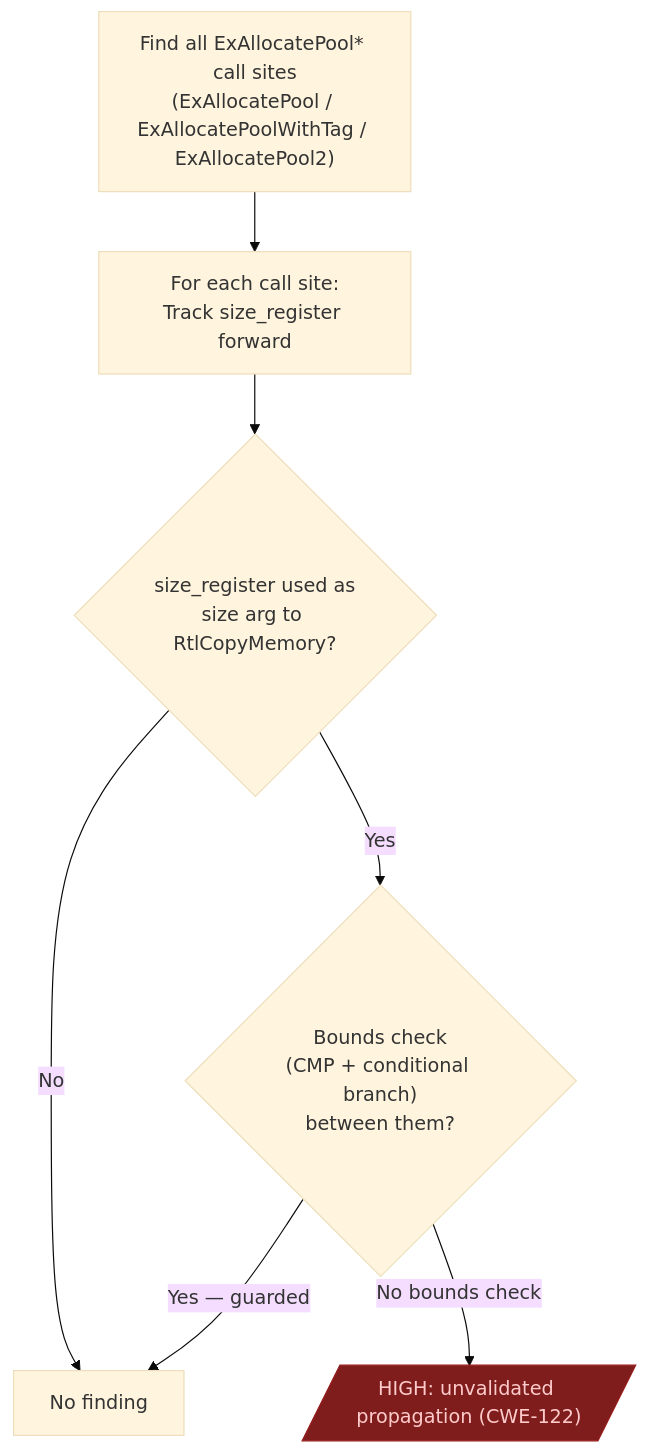
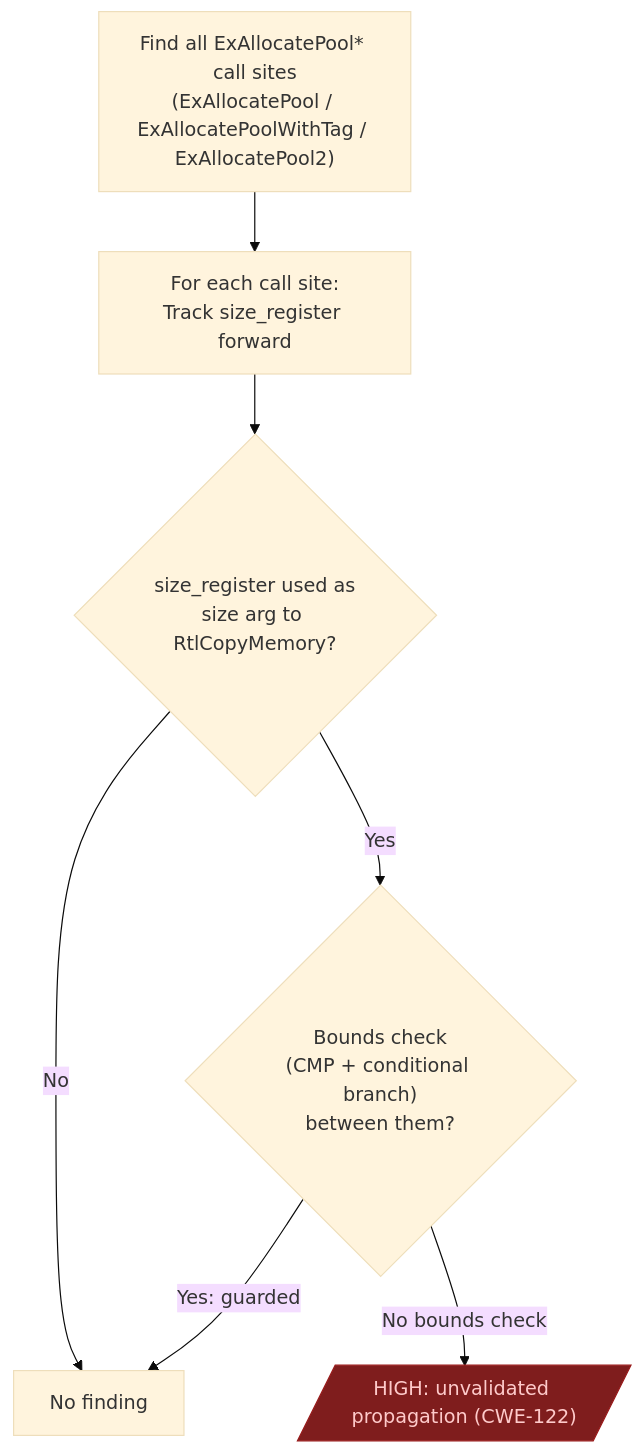
One commit to Ablation-Tool/ablation changed the third of 3 diagrams in docs/module-reference/windows-pe.md. Above: the diagram before and after it, drawn with Mermaid (base theme). The commit also changed 53 other files, not shown here.

````diff
--- a/docs/module-reference/windows-pe.md
+++ b/docs/module-reference/windows-pe.md
@@ -171,12 +171,12 @@
 ```mermaid
 flowchart TD
     A["Find all ExAllocatePool* call sites\n(ExAllocatePool / ExAllocatePoolWithTag / ExAllocatePool2)"] --> B["For each call site:\nTrack size_register forward"]
 
     B --> C{"size_register used as\nsize arg to RtlCopyMemory?"}
     C -->|No| D["No finding"]
     C -->|Yes| E{"Bounds check\n(CMP + conditional branch)\nbetween them?"}
-    E -->|Yes — guarded| D
+    E -->|Yes: guarded| D
     E -->|No bounds check| F[/"HIGH: unvalidated propagation (CWE-122)"/]
 
     style F fill:#7f1d1d,stroke:#991b1b,color:#fecaca
 ```
````
